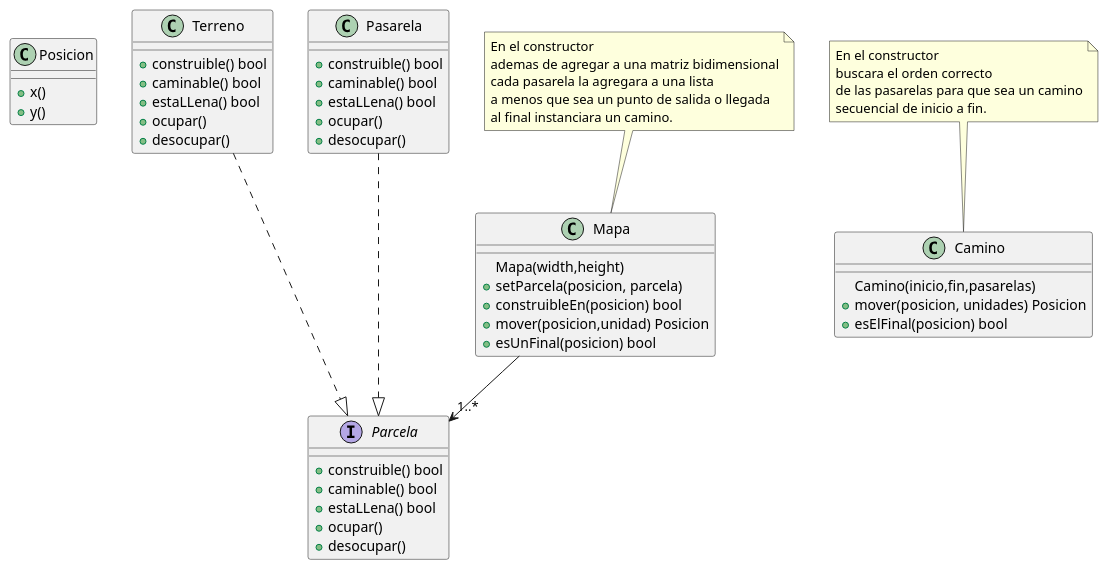
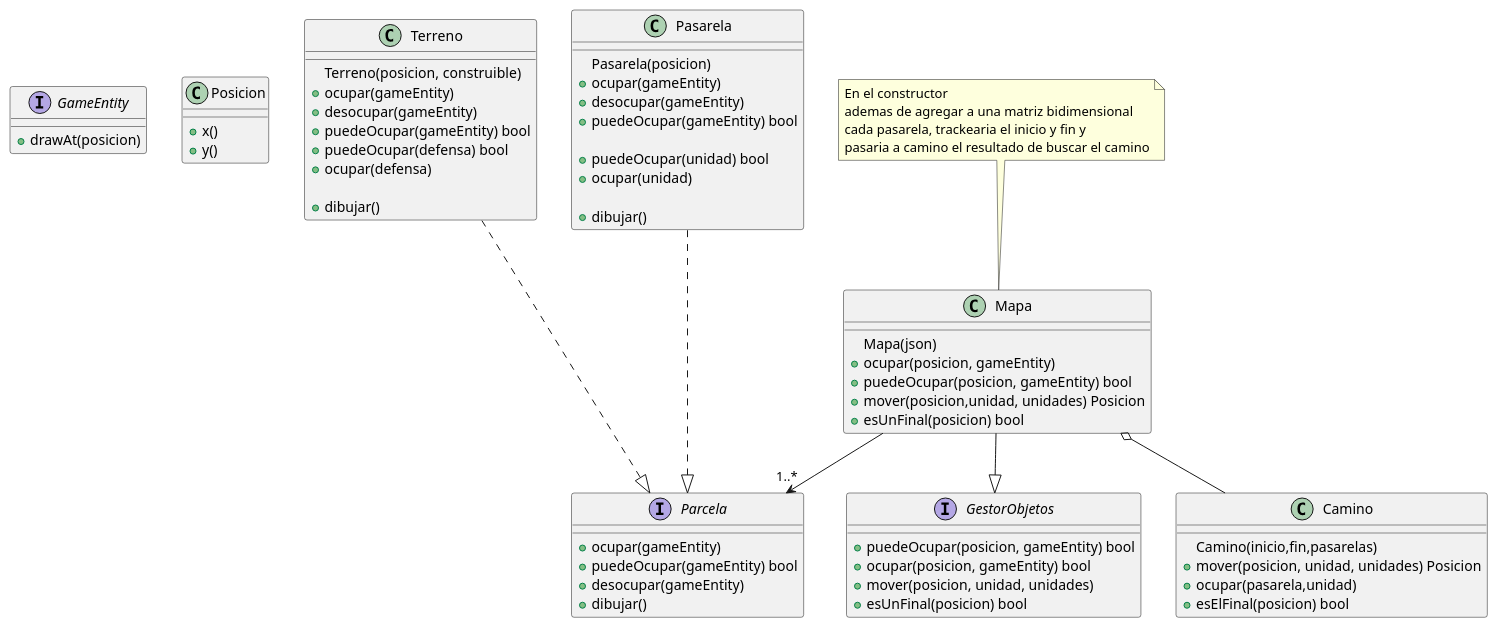
One commit to MarceloAgustinOrigoniGuillaume/Algo3_TP2_1C2023 changed the diagram in diagrams/classes/prototipoMarcelo/mapa.puml. Above: the diagram before and after it, drawn with PlantUML. The commit also changed 4 other files, not shown here.

```diff
--- a/diagrams/classes/prototipoMarcelo/mapa.puml
+++ b/diagrams/classes/prototipoMarcelo/mapa.puml
@@ -1,66 +1,83 @@
 @startuml
+
+interface GameEntity{
+    + drawAt(posicion)
+}
 
 class Posicion{
     +x()
     +y()
 }
 
+interface GestorObjetos{
+    + puedeOcupar(posicion, gameEntity) bool
+    + ocupar(posicion, gameEntity) bool
+    + mover(posicion, unidad, unidades)
+    + esUnFinal(posicion) bool
+}
+
+
 class Mapa{
-    Mapa(width,height)
-    + setParcela(posicion, parcela)
-    + construibleEn(posicion) bool
-    + mover(posicion,unidad) Posicion
+    Mapa(json)
+    + ocupar(posicion, gameEntity)
+    + puedeOcupar(posicion, gameEntity) bool
+    + mover(posicion,unidad, unidades) Posicion
     + esUnFinal(posicion) bool
 }
 
 class Camino{
     Camino(inicio,fin,pasarelas)
-    + mover(posicion, unidades) Posicion
+    + mover(posicion, unidad, unidades) Posicion
+    + ocupar(pasarela,unidad)
     + esElFinal(posicion) bool
 }
 
 interface Parcela{
-    +construible() bool
-    +caminable() bool
-    +estaLLena() bool
-    +ocupar()
-    +desocupar()
+    +ocupar(gameEntity)
+    +puedeOcupar(gameEntity) bool
+    +desocupar(gameEntity)
+    +dibujar()
 }
 
 class Terreno{
-    +construible() bool
-    +caminable() bool
-    +estaLLena() bool
-    +ocupar()
-    +desocupar()
+    Terreno(posicion, construible)
+    +ocupar(gameEntity)
+    +desocupar(gameEntity)
+    +puedeOcupar(gameEntity) bool
+    +puedeOcupar(defensa) bool
+    +ocupar(defensa)
+
+    +dibujar()
 }
 
 class Pasarela{
-    +construible() bool
-    +caminable() bool
-    +estaLLena() bool
-    +ocupar()
-    +desocupar()
+    Pasarela(posicion)
+    +ocupar(gameEntity)
+    +desocupar(gameEntity)
+    +puedeOcupar(gameEntity) bool
+
+    +puedeOcupar(unidad) bool
+    +ocupar(unidad)
+
+    +dibujar()
 }
+
+
+
 
 Pasarela ...|> Parcela
 Terreno ...|> Parcela
 
 note top of Mapa
 En el constructor
 ademas de agregar a una matriz bidimensional
-cada pasarela la agregara a una lista
-a menos que sea un punto de salida o llegada
-al final instanciara un camino.
-end note
-
-note top of Camino
-En el constructor
-buscara el orden correcto
-de las pasarelas para que sea un camino
-secuencial de inicio a fin.
+cada pasarela, trackearia el inicio y fin y
+pasaria a camino el resultado de buscar el camino
 end note
 
 Mapa --> "1..*"Parcela
+Mapa --|> GestorObjetos
+Mapa o-- Camino
+
 
 @enduml
```
